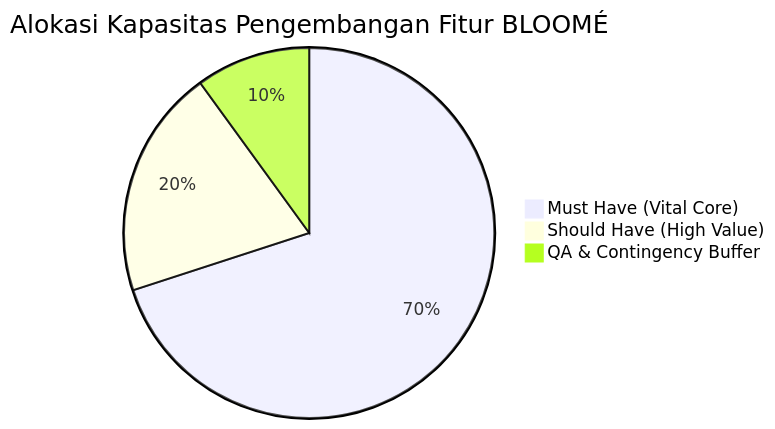
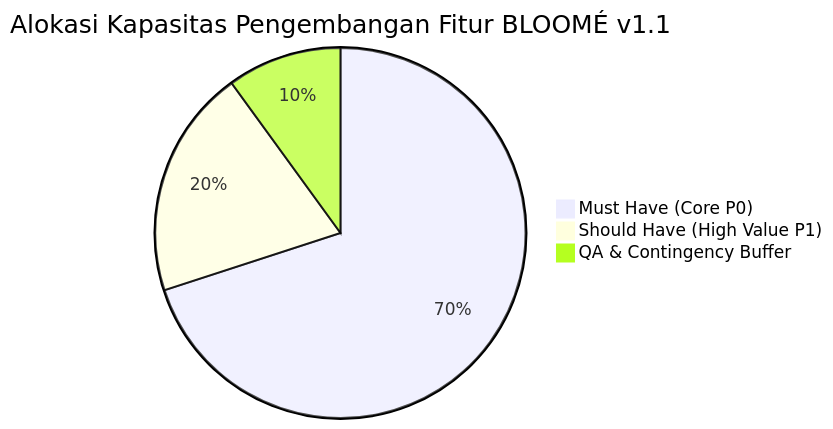
The diagram in docs/02-requirements/DOC-015-product-priorities-review.md (Elfend11/buketbunga), drawn with Mermaid before and after one commit. The commit also changed other lines of this file and 89 other files, not shown here.

````diff
--- a/docs/02-requirements/DOC-015-product-priorities-review.md
+++ b/docs/02-requirements/DOC-015-product-priorities-review.md
@@ -22,6 +22,6 @@
 ```mermaid
-pie title Alokasi Kapasitas Pengembangan Fitur BLOOMÉ
-    "Must Have (Vital Core)" : 70
-    "Should Have (High Value)" : 20
+pie title Alokasi Kapasitas Pengembangan Fitur BLOOMÉ v1.1
+    "Must Have (Core P0)" : 70
+    "Should Have (High Value P1)" : 20
     "QA & Contingency Buffer" : 10
 ```
````
